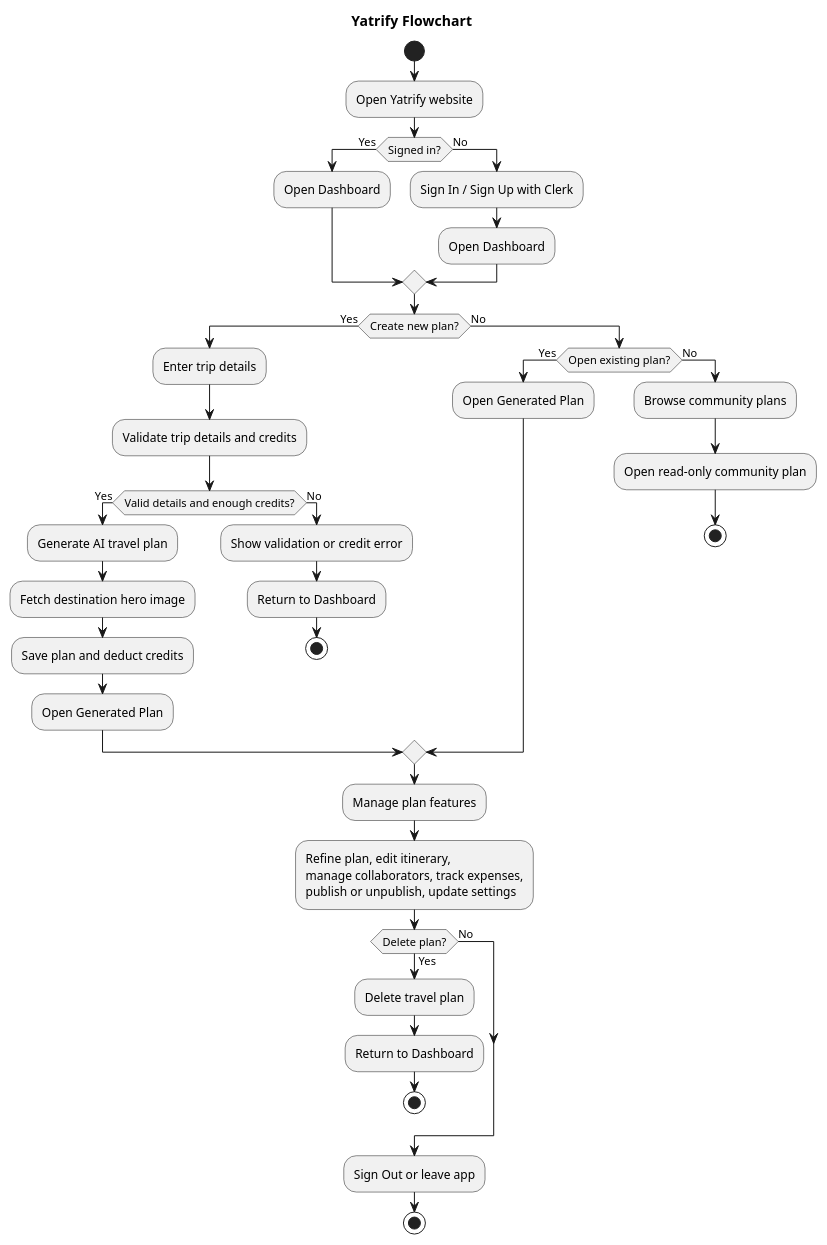
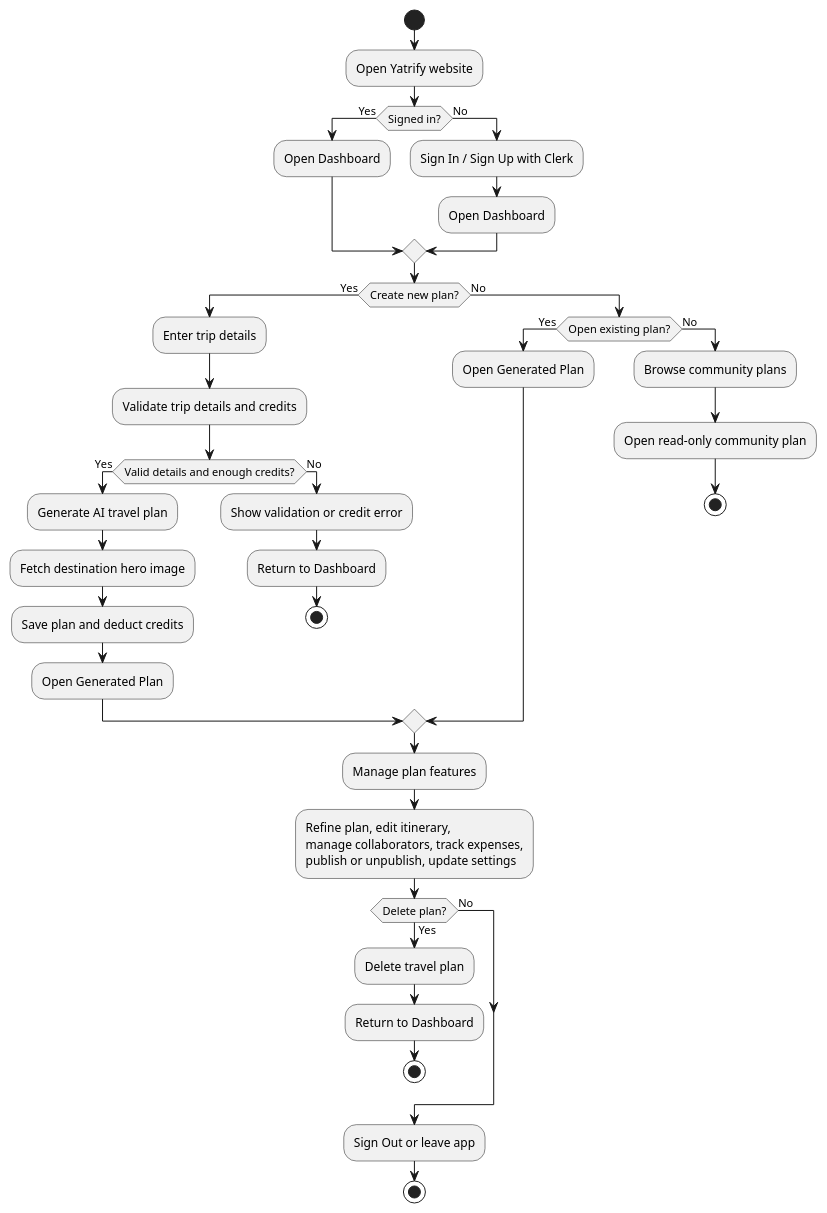
One commit to naishil19/Yatrify changed the diagram in Diagram/flowchat.plantuml. Above: the diagram before and after it, drawn with PlantUML. The commit also changed 16 other files, not shown here.

```diff
--- a/Diagram/flowchat.plantuml
+++ b/Diagram/flowchat.plantuml
@@ -1,57 +1,56 @@
 @startuml
 skinparam monochrome true
 skinparam shadowing false
 skinparam activityArrowThickness 1
 
-title Yatrify Flowchart
 
 start
 
 :Open Yatrify website;
 
 if (Signed in?) then (Yes)
   :Open Dashboard;
 else (No)
   :Sign In / Sign Up with Clerk;
   :Open Dashboard;
 endif
 
 if (Create new plan?) then (Yes)
   :Enter trip details;
   :Validate trip details and credits;
 
   if (Valid details and enough credits?) then (Yes)
     :Generate AI travel plan;
     :Fetch destination hero image;
     :Save plan and deduct credits;
     :Open Generated Plan;
   else (No)
     :Show validation or credit error;
     :Return to Dashboard;
     stop
   endif
 
 else (No)
   if (Open existing plan?) then (Yes)
     :Open Generated Plan;
   else (No)
     :Browse community plans;
     :Open read-only community plan;
     stop
   endif
 endif
 
 :Manage plan features;
 :Refine plan, edit itinerary,\nmanage collaborators, track expenses,\npublish or unpublish, update settings;
 
 if (Delete plan?) then (Yes)
   :Delete travel plan;
   :Return to Dashboard;
   stop
 else (No)
 endif
 
 :Sign Out or leave app;
 stop
 
 @enduml
```
